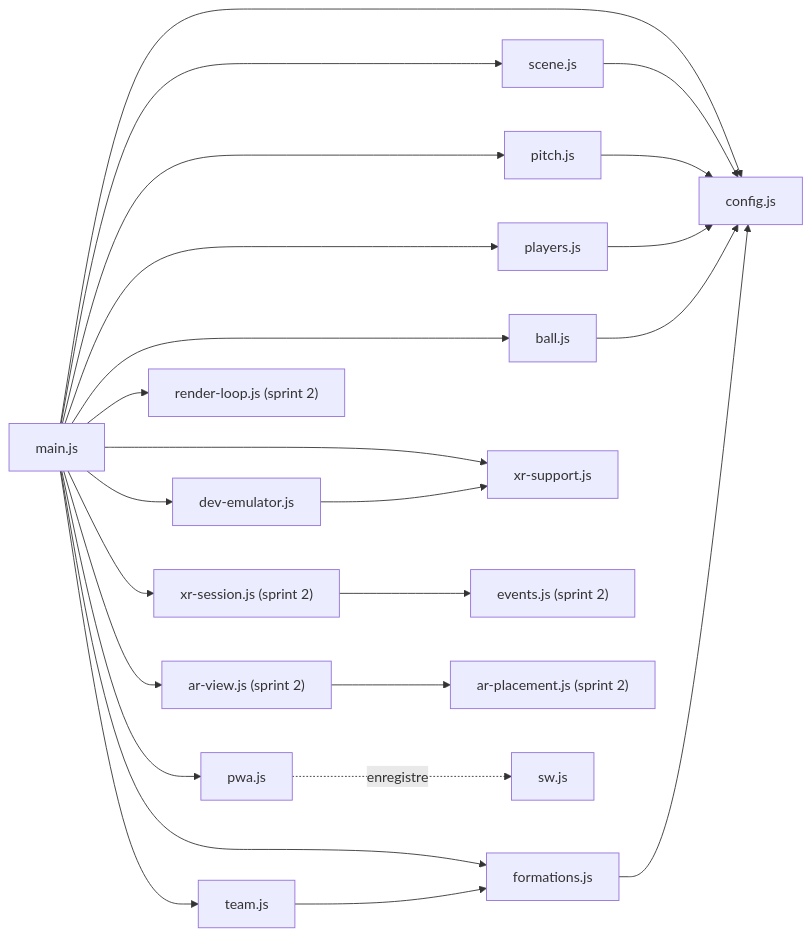
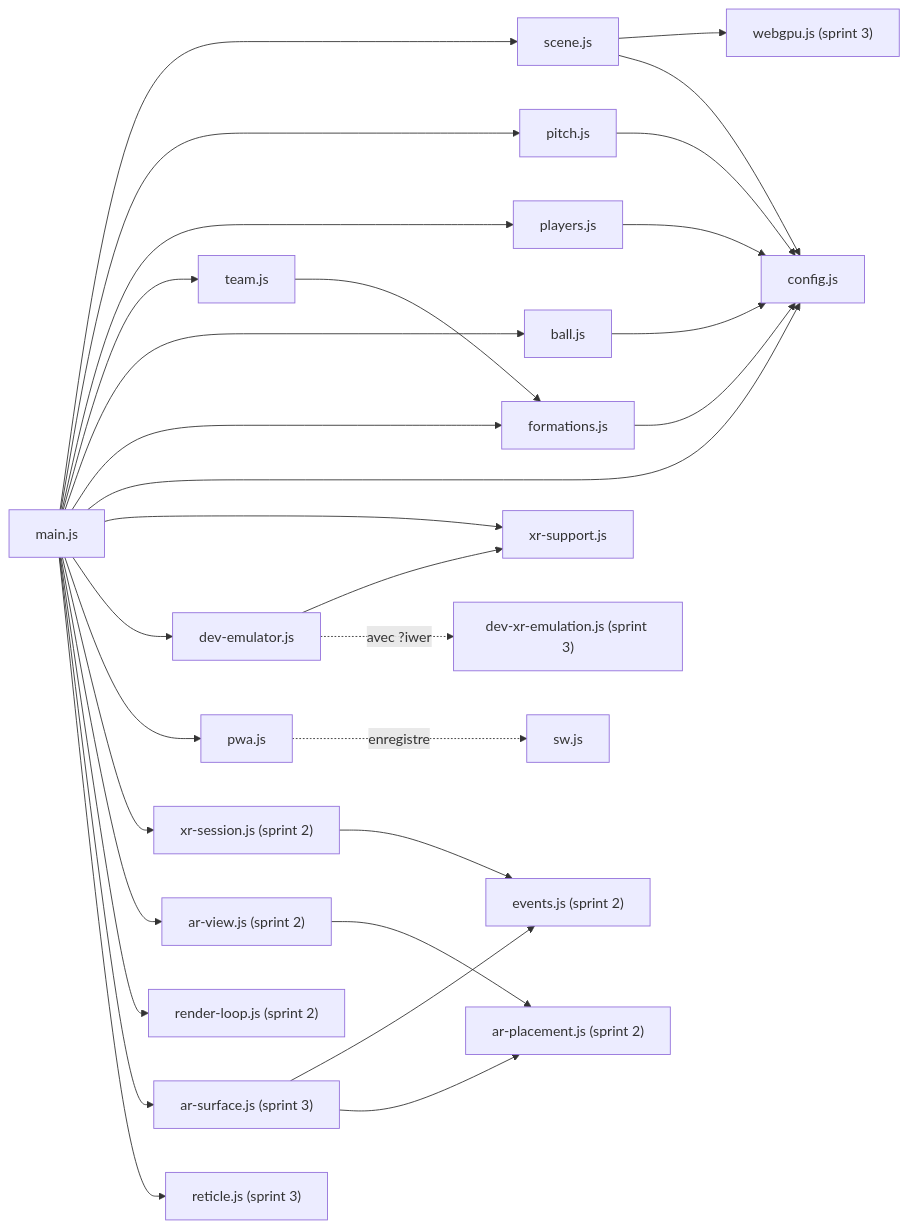
One commit to bilelkhlif/footballsimulator changed the second of 4 diagrams in docs/guide-du-code.md. Above: the diagram before and after it, drawn with Mermaid. The commit also changed other lines of this file and 9 other files, not shown here.

First line of the commit message:
Documente le sprint 3 : WebGPU, boucle de rendu, surface réelle et PWA

````diff
--- a/docs/guide-du-code.md
+++ b/docs/guide-du-code.md
@@ -41,26 +46,32 @@
 ```mermaid
 flowchart LR
   main["main.js"] --> scene["scene.js"]
   main --> pitch["pitch.js"]
   main --> players["players.js"]
   main --> team["team.js"]
   main --> ball["ball.js"]
   main --> formations["formations.js"]
   main --> config["config.js"]
   main --> xr["xr-support.js"]
   main --> emu["dev-emulator.js"]
   main --> pwa["pwa.js"]
   main --> session["xr-session.js (sprint 2)"]
   main --> arview["ar-view.js (sprint 2)"]
   main --> loop["render-loop.js (sprint 2)"]
+  main --> surface["ar-surface.js (sprint 3)"]
+  main --> reticle["reticle.js (sprint 3)"]
+  scene --> webgpu["webgpu.js (sprint 3)"]
   session --> events["events.js (sprint 2)"]
+  surface --> events
+  surface --> placement
   arview --> placement["ar-placement.js (sprint 2)"]
   team --> formations
   emu --> xr
+  emu -. "avec ?iwer" .-> extras["dev-xr-emulation.js (sprint 3)"]
   scene --> config
   pitch --> config
   players --> config
   ball --> config
   formations --> config
   pwa -. enregistre .-> sw["sw.js"]
 ```
````
